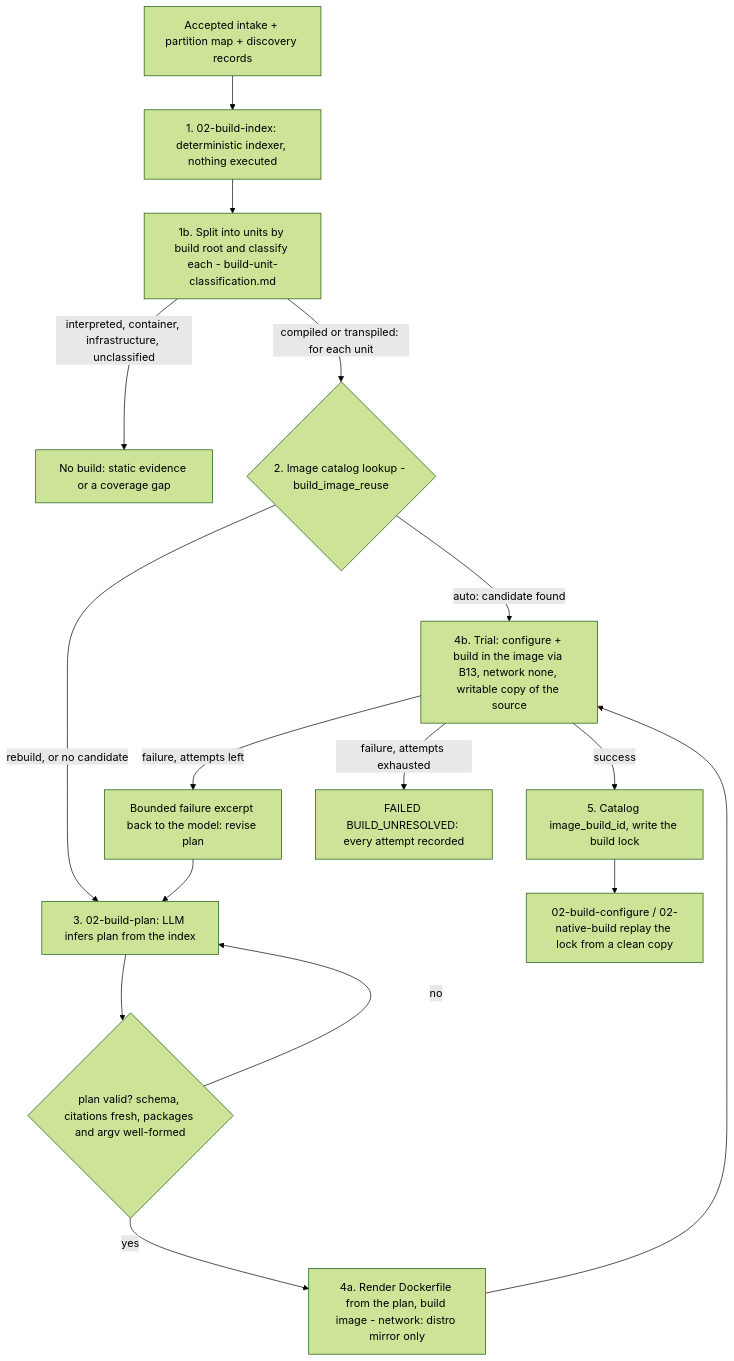
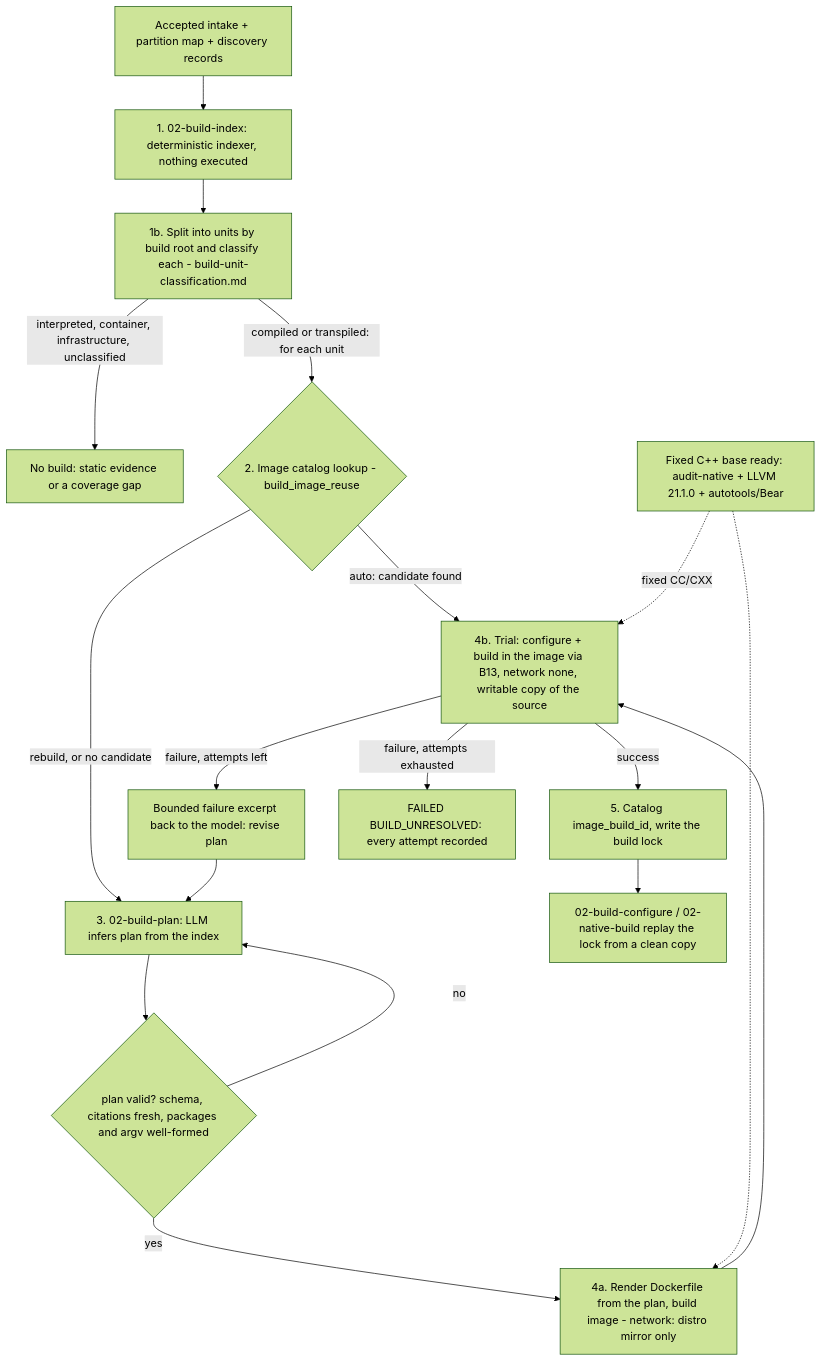
One commit to wsollers/appsec-review changed the diagram in docs/processes/build-resolution.md. Above: the diagram before and after it, drawn with Mermaid (forest theme). The commit also changed other lines of this file and 23 other files, not shown here.

````diff
--- a/docs/processes/build-resolution.md
+++ b/docs/processes/build-resolution.md
@@ -29,18 +33,20 @@
 ```mermaid
 flowchart TD
   I[Accepted intake + partition map + discovery records] --> X[1. 02-build-index: deterministic indexer, nothing executed]
   X --> K[1b. Split into units by build root and classify each - build-unit-classification.md]
   K -- interpreted, container, infrastructure, unclassified --> ST[No build: static evidence or a coverage gap]
   K -- compiled or transpiled: for each unit --> R{2. Image catalog lookup - build_image_reuse}
   R -- auto: candidate found --> T
   R -- rebuild, or no candidate --> P[3. 02-build-plan: LLM infers plan from the index]
   P --> V{plan valid? schema, citations fresh, packages and argv well-formed}
   V -- no --> P
   V -- yes --> B[4a. Render Dockerfile from the plan, build image - network: distro mirror only]
+  CPP[Fixed C++ base ready: audit-native + LLVM 21.1.0 + autotools/Bear] -.-> B
+  CPP -. fixed CC/CXX .-> T
   B --> T[4b. Trial: configure + build in the image via B13, network none, writable copy of the source]
   T -- success --> C[5. Catalog image_build_id, write the build lock]
   T -- failure, attempts left --> F[Bounded failure excerpt back to the model: revise plan]
   F --> P
   T -- failure, attempts exhausted --> FAIL[FAILED BUILD_UNRESOLVED: every attempt recorded]
   C --> E[02-build-configure / 02-native-build replay the lock from a clean copy]
 ```
````
